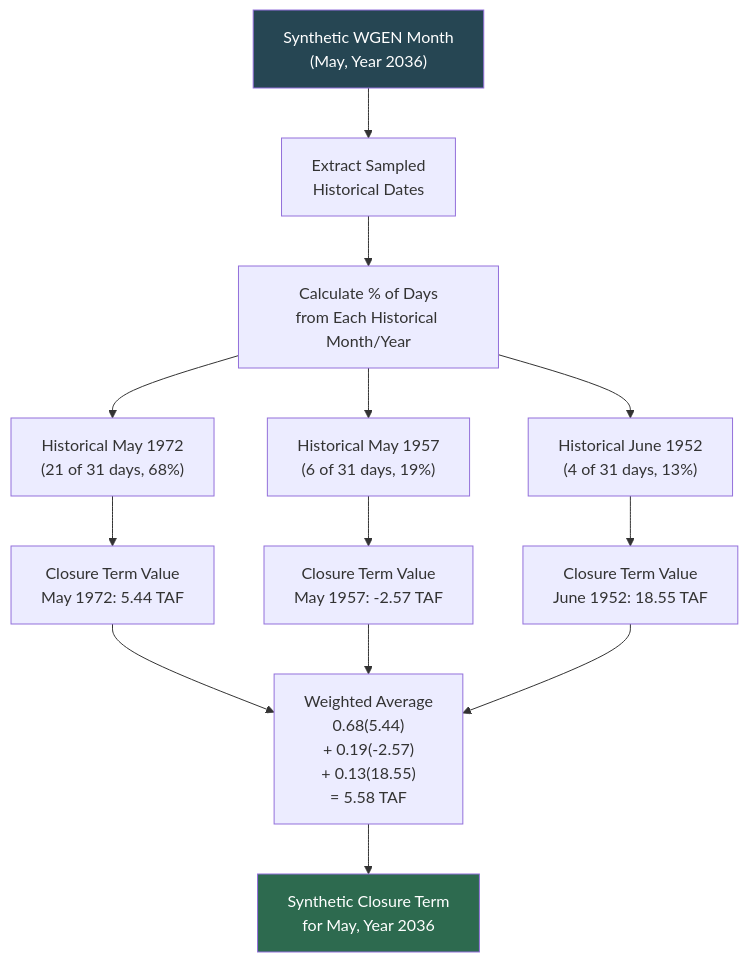
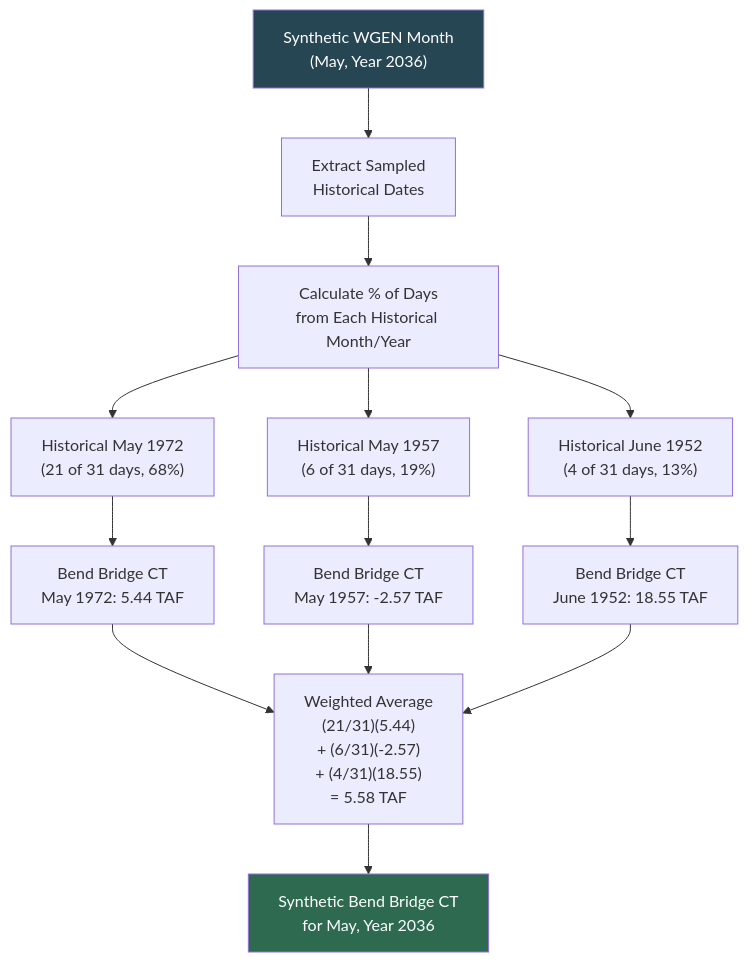
The diagram in docs/source/input-generation/mod-other-closure-terms.md (CentralValleyModeling/calsim3-stochastic-input-generation), drawn with Mermaid before and after one commit. The commit also changed other lines of this file, not shown here.

Commit message:
fix arithmetic and reframe closure terms further
Fix the worked example: 0.68(5.44)+0.19(-2.57)+0.13(18.55) rounds to
5.62, not the stated 5.58 TAF. Use the exact day-count fractions
(21/31, 6/31, 4/31) in both the prose and the mermaid diagram instead,
and label the diagram nodes as Bend Bridge specifically rather than a
generic closure term. Also tighten the inventory/methodology intro
paragraphs and soften the closing claim about the weighted-average
method to avoid overstating what it demonstrates.

````diff
--- a/docs/source/input-generation/mod-other-closure-terms.md
+++ b/docs/source/input-generation/mod-other-closure-terms.md
@@ -53,22 +53,22 @@
 ```{mermaid}
 flowchart TD
     WGEN_MONTH["Synthetic WGEN Month<br/>(May, Year 2036)"] --> DATES["Extract Sampled<br/>Historical Dates"]
     DATES --> PCT["Calculate % of Days<br/>from Each Historical Month/Year"]
 
     PCT --> H1["Historical May 1972<br/>(21 of 31 days, 68%)"]
     PCT --> H2["Historical May 1957<br/>(6 of 31 days, 19%)"]
     PCT --> H3["Historical June 1952<br/>(4 of 31 days, 13%)"]
 
-    H1 --> CT1["Closure Term Value<br/>May 1972: 5.44 TAF"]
-    H2 --> CT2["Closure Term Value<br/>May 1957: -2.57 TAF"]
-    H3 --> CT3["Closure Term Value<br/>June 1952: 18.55 TAF"]
+    H1 --> CT1["Bend Bridge CT<br/>May 1972: 5.44 TAF"]
+    H2 --> CT2["Bend Bridge CT<br/>May 1957: -2.57 TAF"]
+    H3 --> CT3["Bend Bridge CT<br/>June 1952: 18.55 TAF"]
 
-    CT1 --> WAVG["Weighted Average<br/>0.68(5.44)<br/>+ 0.19(-2.57)<br/>+ 0.13(18.55)<br/>= 5.58 TAF"]
+    CT1 --> WAVG["Weighted Average<br/>(21/31)(5.44)<br/>+ (6/31)(-2.57)<br/>+ (4/31)(18.55)<br/>= 5.58 TAF"]
     CT2 --> WAVG
     CT3 --> WAVG
 
-    WAVG --> OUTPUT["Synthetic Closure Term<br/>for May, Year 2036"]
+    WAVG --> OUTPUT["Synthetic Bend Bridge CT<br/>for May, Year 2036"]
 
     style WGEN_MONTH fill:#264653,color:#fff
     style OUTPUT fill:#2d6a4f,color:#fff
 ```
````
